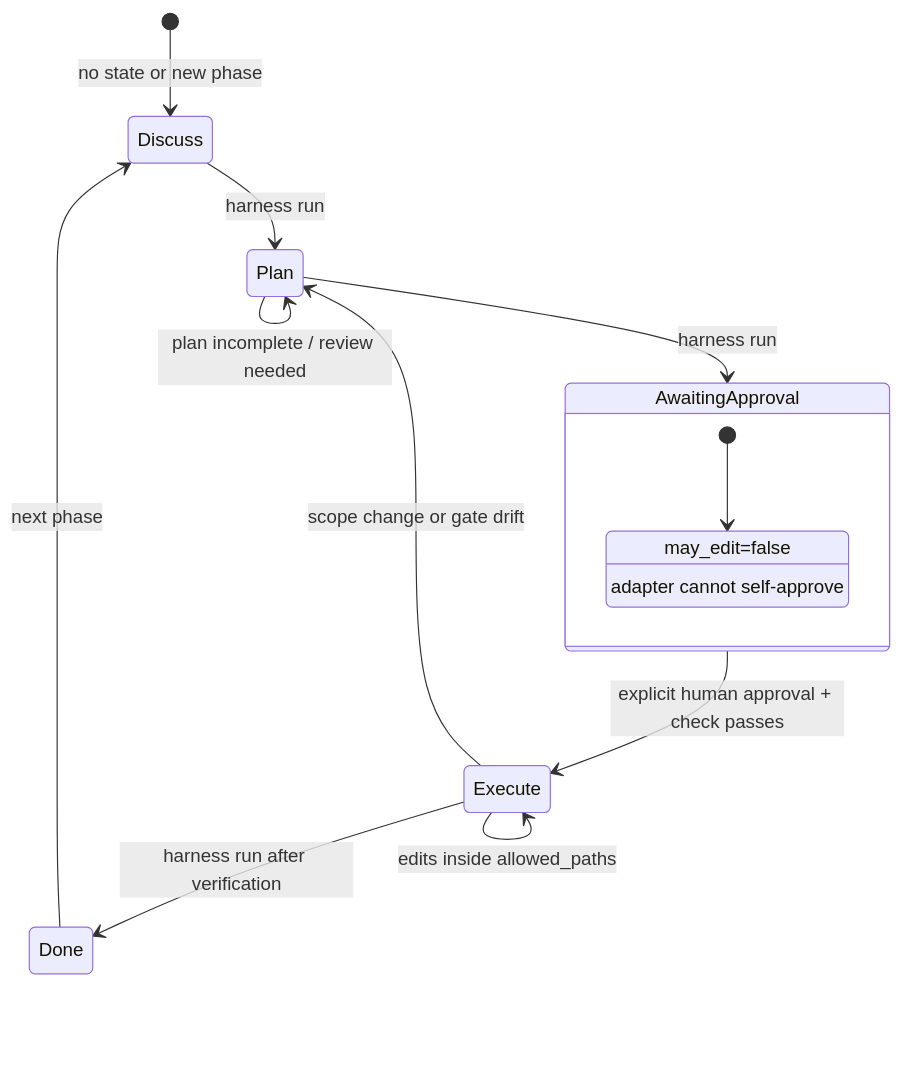
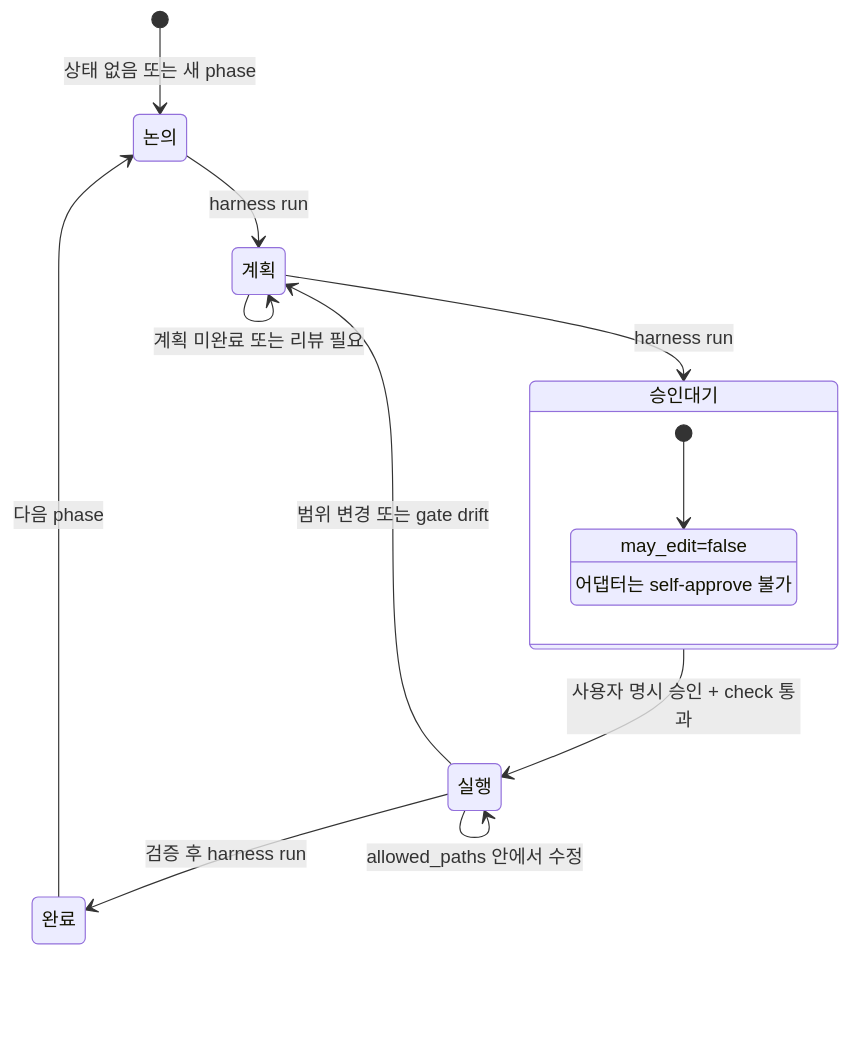
Before and after one commit to hjung3113/general-low-reasoning-agent-harness: the diagram in docs/minimal-workflow-state-machine.md, drawn with Mermaid. The commit also changed other lines of this file and 11 other files, not shown here.

````diff
--- a/docs/minimal-workflow-state-machine.md
+++ b/docs/minimal-workflow-state-machine.md
@@ -23,18 +20,18 @@
 ```mermaid
 stateDiagram-v2
-    [*] --> Discuss: no state or new phase
-    Discuss --> Plan: harness run
-    Plan --> Plan: plan incomplete / review needed
-    Plan --> AwaitingApproval: harness run
-    AwaitingApproval --> Execute: explicit human approval + check passes
-    Execute --> Execute: edits inside allowed_paths
-    Execute --> Done: harness run after verification
-    Execute --> Plan: scope change or gate drift
-    Done --> Discuss: next phase
+    [*] --> 논의: 상태 없음 또는 새 phase
+    논의 --> 계획: harness run
+    계획 --> 계획: 계획 미완료 또는 리뷰 필요
+    계획 --> 승인대기: harness run
+    승인대기 --> 실행: 사용자 명시 승인 + check 통과
+    실행 --> 실행: allowed_paths 안에서 수정
+    실행 --> 완료: 검증 후 harness run
+    실행 --> 계획: 범위 변경 또는 gate drift
+    완료 --> 논의: 다음 phase
 
-    state AwaitingApproval {
-        [*] --> Blocked
-        Blocked: may_edit=false
-        Blocked: adapter cannot self-approve
+    state 승인대기 {
+        [*] --> 차단
+        차단: may_edit=false
+        차단: 어댑터는 self-approve 불가
     }
 ```
````
